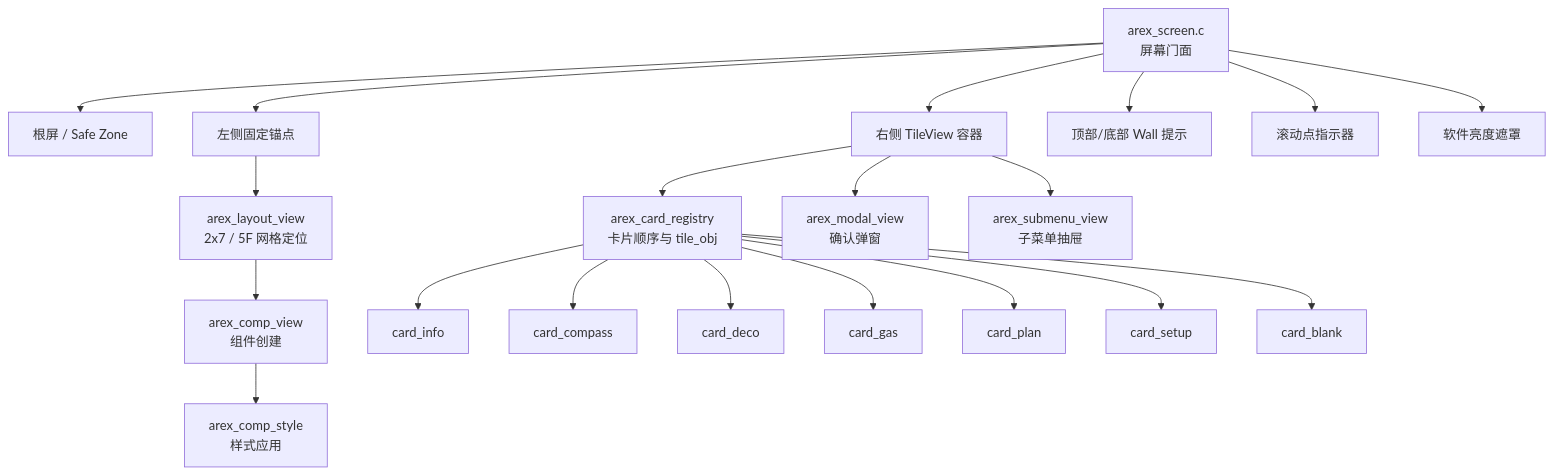
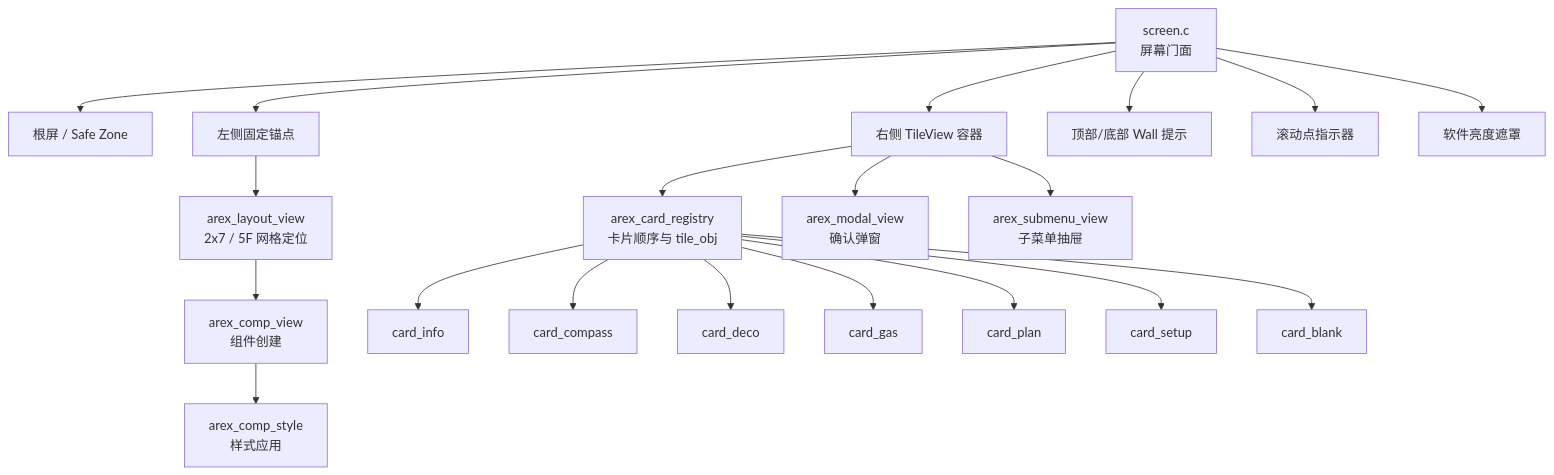
The third of 6 diagrams in UI_html_DOC/AREX_UI_MODULE_MAP.md (arexvision/lv_port_win_codeblocks-release-v8.3_hasGroup), drawn with Mermaid before and after one commit. The commit also changed other lines of this file and 62 other files, not shown here.

````diff
--- a/UI_html_DOC/AREX_UI_MODULE_MAP.md
+++ b/UI_html_DOC/AREX_UI_MODULE_MAP.md
@@ -64,25 +64,25 @@
 ```mermaid
 flowchart TB
-    Screen["arex_screen.c<br/>屏幕门面"] --> Root["根屏 / Safe Zone"]
+    Screen["screen.c<br/>屏幕门面"] --> Root["根屏 / Safe Zone"]
     Screen --> Left["左侧固定锚点"]
     Screen --> Right["右侧 TileView 容器"]
     Screen --> Walls["顶部/底部 Wall 提示"]
     Screen --> Dots["滚动点指示器"]
     Screen --> Brightness["软件亮度遮罩"]
 
     Left --> LayoutGrid["arex_layout_view<br/>2x7 / 5F 网格定位"]
     LayoutGrid --> WidgetFactory["arex_comp_view<br/>组件创建"]
     WidgetFactory --> WidgetStyle["arex_comp_style<br/>样式应用"]
 
     Right --> Registry["arex_card_registry<br/>卡片顺序与 tile_obj"]
     Registry --> Info["card_info"]
     Registry --> Compass["card_compass"]
     Registry --> Deco["card_deco"]
     Registry --> Gas["card_gas"]
     Registry --> Plan["card_plan"]
     Registry --> Setup["card_setup"]
     Registry --> Blank["card_blank"]
 
     Right --> Modal["arex_modal_view<br/>确认弹窗"]
     Right --> Submenu["arex_submenu_view<br/>子菜单抽屉"]
 ```
````
